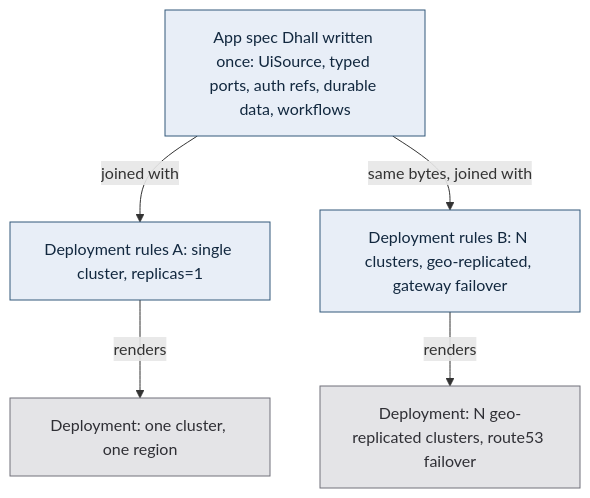
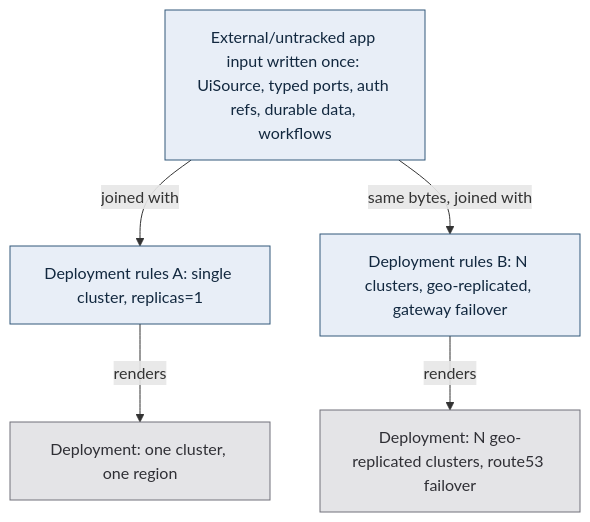
Before and after one commit to Tuee22/amoebius: the diagram in documents/engineering/app_vs_deployment_doctrine.md, drawn with Mermaid. The commit also changed other lines of this file and 219 other files, not shown here.

````diff
--- a/documents/engineering/app_vs_deployment_doctrine.md
+++ b/documents/engineering/app_vs_deployment_doctrine.md
@@ -372,10 +372,10 @@
 ```mermaid
 flowchart TD
 %% register: algebra
-  app["App spec Dhall written once: UiSource, typed ports, auth refs, durable data, workflows"]:::intent -->|joined with| r1["Deployment rules A: single cluster, replicas=1"]:::intent
+  app["External/untracked app input written once: UiSource, typed ports, auth refs, durable data, workflows"]:::intent -->|joined with| r1["Deployment rules A: single cluster, replicas=1"]:::intent
   app -->|same bytes, joined with| r2["Deployment rules B: N clusters, geo-replicated, gateway failover"]:::intent
   r1 -->|renders| d1["Deployment: one cluster, one region"]:::runtime
   r2 -->|renders| d2["Deployment: N geo-replicated clusters, route53 failover"]:::runtime
   classDef intent   fill:#e8eef7,stroke:#33587a,color:#12283f,stroke-width:1px
   classDef runtime  fill:#e4e4e7,stroke:#71717a,color:#2f2f35,stroke-width:1px
 ```
````
